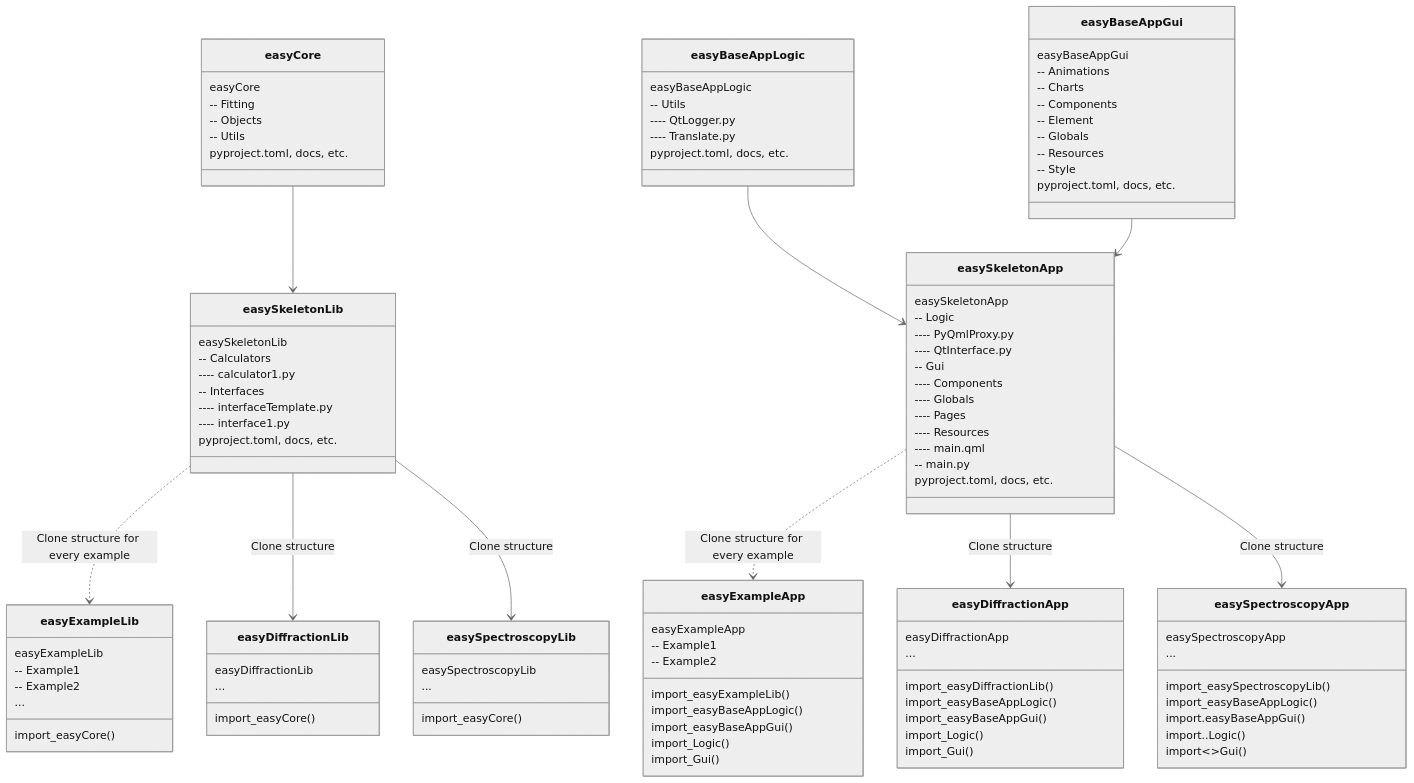
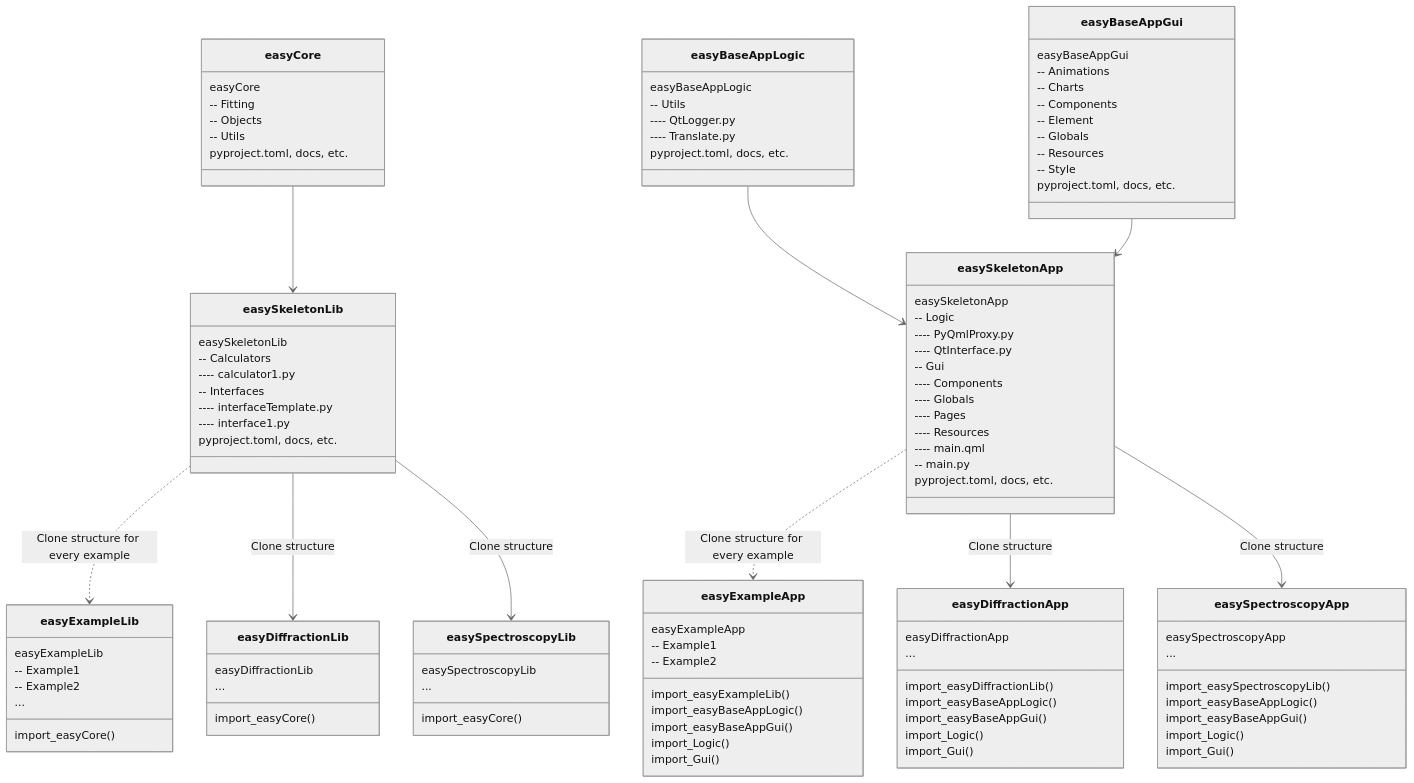
Before and after one commit to easyScience/easyScience: the fifth of 6 diagrams in easyScience.md, drawn with Mermaid (neutral theme). The commit also changed other lines of this file, not shown here.

````diff
--- a/easyScience.md
+++ b/easyScience.md
@@ -211,8 +211,8 @@
 ...
 import_easySpectroscopyLib()
 import_easyBaseAppLogic()
-import.easyBaseAppGui()
-import..Logic()
-import~~Gui()
+import_easyBaseAppGui()
+import_Logic()
+import_Gui()
 }
 ```
````
